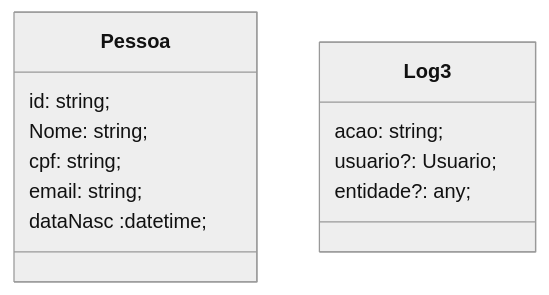
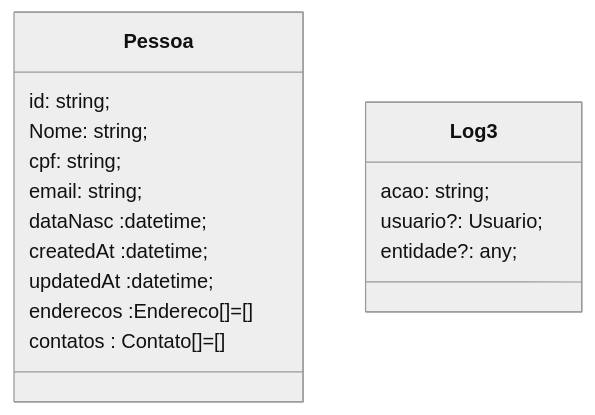
The diagram in Diagrama2.MD (DantasRocha/FinancasTI), drawn with Mermaid (neutral theme) before and after one commit.

````diff
--- a/Diagrama2.MD
+++ b/Diagrama2.MD
@@ -5,20 +5,24 @@
 ```mermaid
 classDiagram
 
 
 class Pessoa {
     id: string;
     Nome: string;
     cpf: string;
     email: string;
     dataNasc :datetime;
+    createdAt :datetime;
+    updatedAt :datetime;
+    enderecos :Endereco[]=[]
+    contatos : Contato[]=[]
 }
 
 
 class Log3 {
     acao: string;
     usuario?: Usuario;
     entidade?: any;
 }
 
 ```
````
